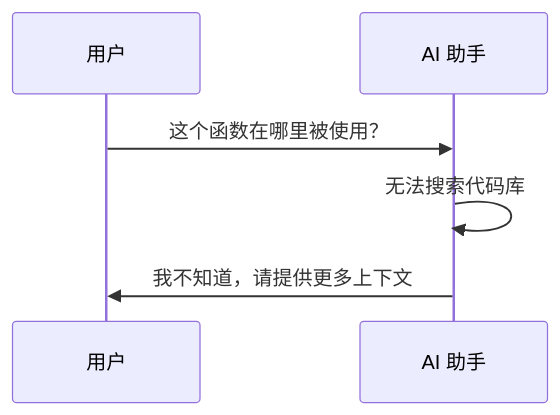
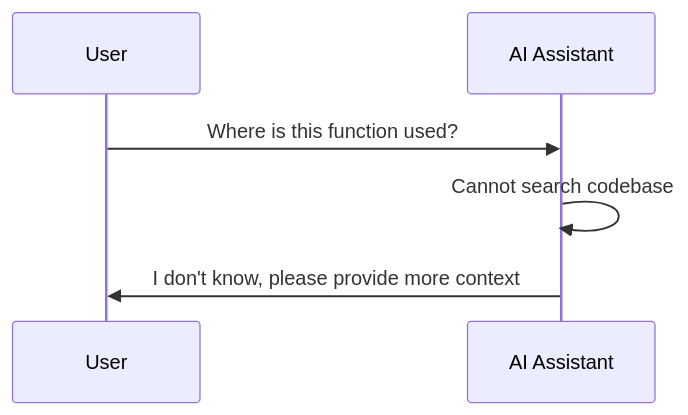
One commit to DDR187/cursor-howto changed the second of 6 diagrams in 03-codebase-indexing/README.md. Above: the diagram before and after it, drawn with Mermaid. The commit also changed other lines of this file and 22 other files, not shown here.

````diff
--- a/03-codebase-indexing/README.md
+++ b/03-codebase-indexing/README.md
@@ -42,9 +42,9 @@
 ```mermaid
 sequenceDiagram
-    participant U as 用户
-    participant AI as AI 助手
+    participant U as User
+    participant AI as AI Assistant
     
-    U->>AI: 这个函数在哪里被使用？
-    AI->>AI: 无法搜索代码库
-    AI->>U: 我不知道，请提供更多上下文
+    U->>AI: Where is this function used?
+    AI->>AI: Cannot search codebase
+    AI->>U: I don't know, please provide more context
 ```
````
